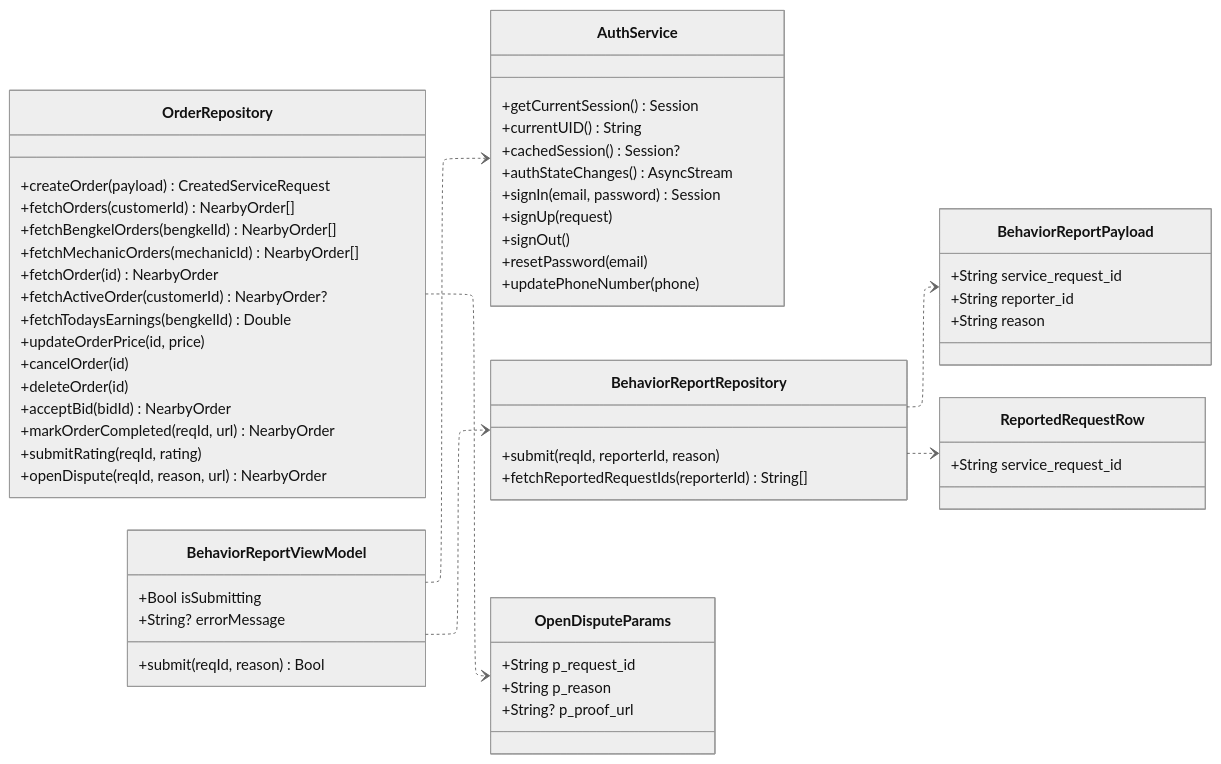
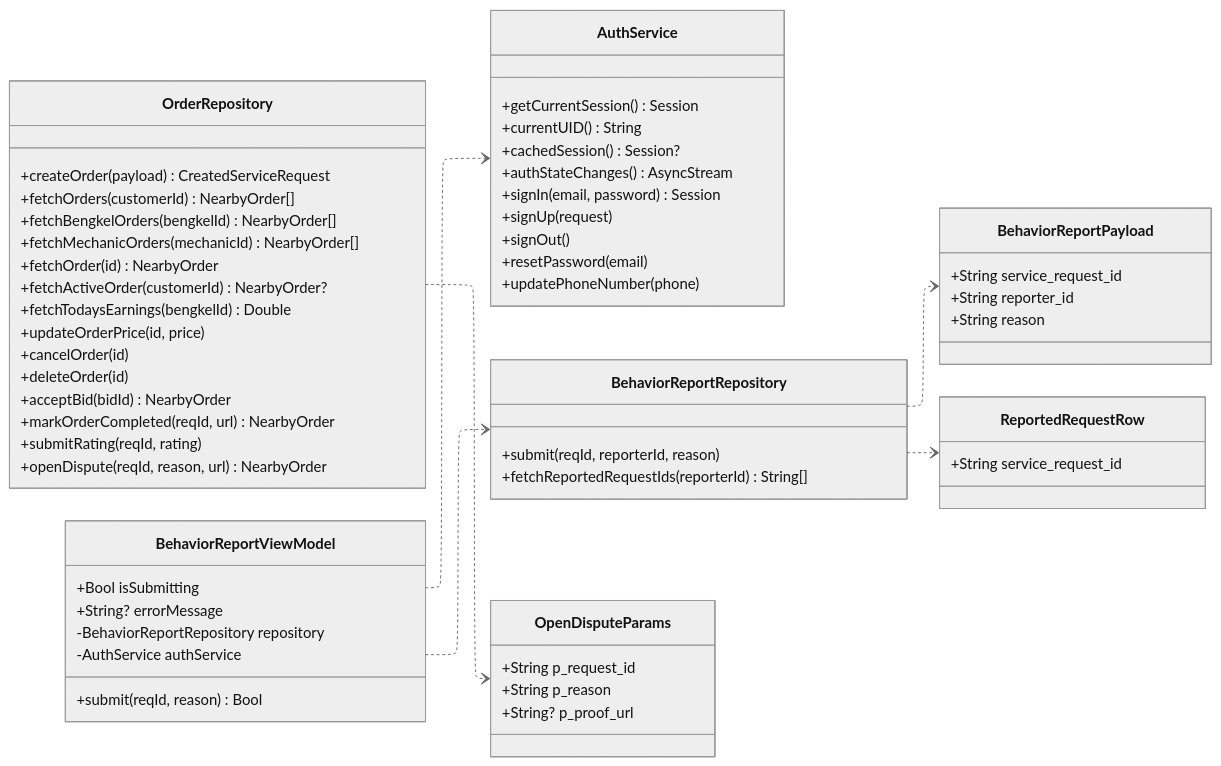
Before and after one commit to rei-soemanto/BengkelIn_SE: diagram 12 of 12 in diagram/feature-class-diagrams.md, drawn with Mermaid (neutral theme). The commit also changed other lines of this file and 17 other files, not shown here.

Commit message:
more accurate class diagram

````diff
--- a/diagram/feature-class-diagrams.md
+++ b/diagram/feature-class-diagrams.md
@@ -1814,68 +1978,70 @@
 ```mermaid
 ---
 config:
   layout: elk
   elk:
     nodePlacementStrategy: LINEAR_SEGMENTS
     mergeEdges: false
 ---
 classDiagram
     direction LR
 
     class AuthService {
         +getCurrentSession() Session
         +currentUID() String
         +cachedSession() Session?
         +authStateChanges() AsyncStream
         +signIn(email, password) Session
         +signUp(request)
         +signOut()
         +resetPassword(email)
         +updatePhoneNumber(phone)
     }
     class OrderRepository {
         +createOrder(payload) CreatedServiceRequest
         +fetchOrders(customerId) NearbyOrder[]
         +fetchBengkelOrders(bengkelId) NearbyOrder[]
         +fetchMechanicOrders(mechanicId) NearbyOrder[]
         +fetchOrder(id) NearbyOrder
         +fetchActiveOrder(customerId) NearbyOrder?
         +fetchTodaysEarnings(bengkelId) Double
         +updateOrderPrice(id, price)
         +cancelOrder(id)
         +deleteOrder(id)
         +acceptBid(bidId) NearbyOrder
         +markOrderCompleted(reqId, url) NearbyOrder
         +submitRating(reqId, rating)
         +openDispute(reqId, reason, url) NearbyOrder
     }
     class BehaviorReportRepository {
         +submit(reqId, reporterId, reason)
         +fetchReportedRequestIds(reporterId) String[]
     }
     class BehaviorReportViewModel {
         +Bool isSubmitting
         +String? errorMessage
+        -BehaviorReportRepository repository
+        -AuthService authService
         +submit(reqId, reason) Bool
     }
     class BehaviorReportPayload {
         +String service_request_id
         +String reporter_id
         +String reason
     }
     class OpenDisputeParams {
         +String p_request_id
         +String p_reason
         +String? p_proof_url
     }
     class ReportedRequestRow {
         +String service_request_id
     }
 
     BehaviorReportViewModel ..> BehaviorReportRepository
     BehaviorReportViewModel ..> AuthService
     BehaviorReportRepository ..> BehaviorReportPayload
     BehaviorReportRepository ..> ReportedRequestRow
     OrderRepository ..> OpenDisputeParams
 
 ```
````
